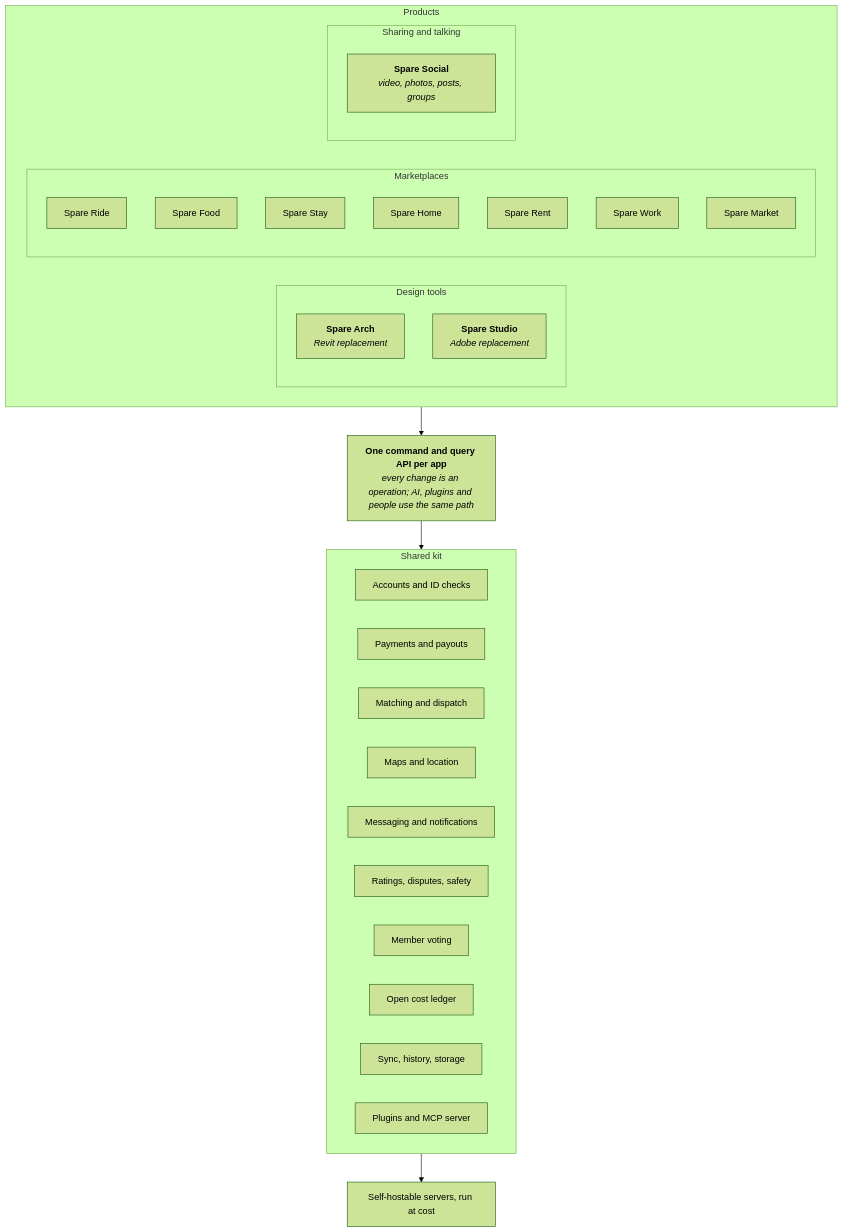
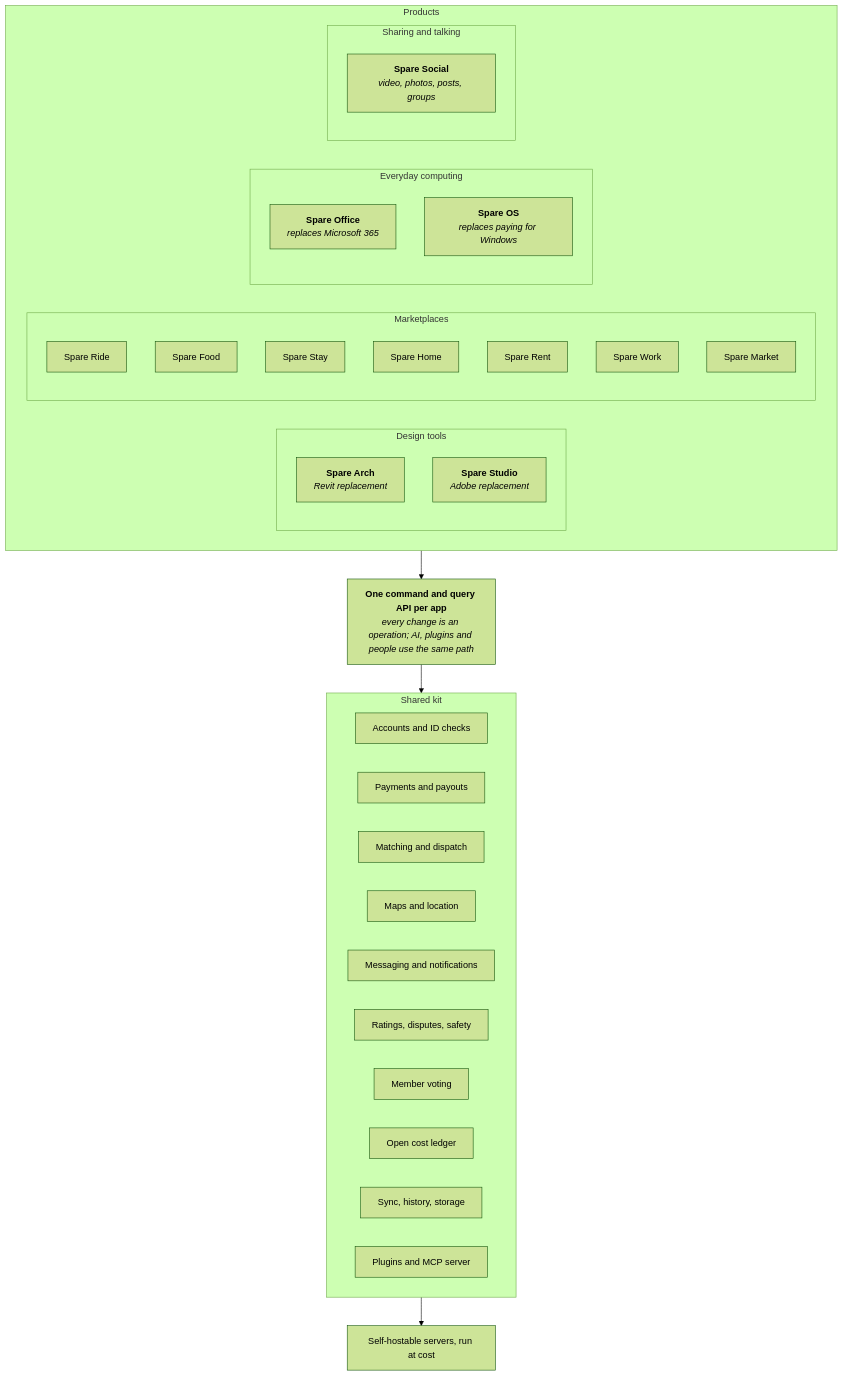
One commit to spareware-co-op/spareware changed the first of 2 diagrams in ARCHITECTURE.md. Above: the diagram before and after it, drawn with Mermaid (forest theme). The commit also changed other lines of this file and 14 other files, not shown here.

Commit message:
Spare Office and Spare OS mapped; human and AI sections in Spare Social; Shopify-style shops in Spare Market

````diff
--- a/ARCHITECTURE.md
+++ b/ARCHITECTURE.md
@@ -7,41 +7,47 @@
 ```mermaid
 flowchart TB
   subgraph Products
     direction LR
     subgraph Design[Design tools]
       ARCH["`**Spare Arch**
 *Revit replacement*`"]
       CREATIVE["`**Spare Studio**
 *Adobe replacement*`"]
     end
     subgraph Markets[Marketplaces]
       RIDE[Spare Ride]
       FOOD[Spare Food]
       STAY[Spare Stay]
       HOME[Spare Home]
       RENT[Spare Rent]
       WORK[Spare Work]
       MARKET[Spare Market]
+    end
+    subgraph Compute[Everyday computing]
+      OFFICEAPP["`**Spare Office**
+*replaces Microsoft 365*`"]
+      OSAPP["`**Spare OS**
+*replaces paying for Windows*`"]
     end
     subgraph Social[Sharing and talking]
       SOCIALAPP["`**Spare Social**
 *video, photos, posts, groups*`"]
     end
   end
   API["`**One command and query API per app**
 *every change is an operation; AI, plugins and people use the same path*`"]
   subgraph Kit[Shared kit]
     ID[Accounts and ID checks]
     PAY[Payments and payouts]
     MATCH[Matching and dispatch]
     MAP[Maps and location]
     MSG[Messaging and notifications]
     TRUST[Ratings, disputes, safety]
     VOTE[Member voting]
     LEDGER[Open cost ledger]
     SYNC[Sync, history, storage]
     PLUG[Plugins and MCP server]
   end
   HOST[Self-hostable servers, run at cost]
   Products --> API --> Kit --> HOST
 ```
````
